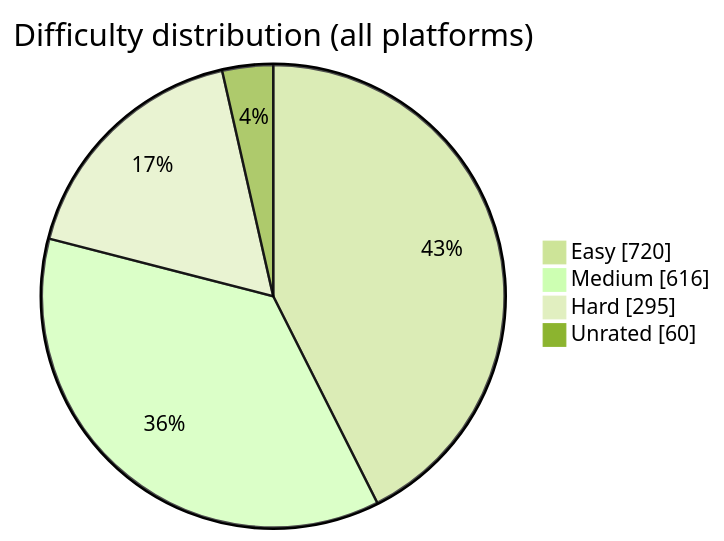
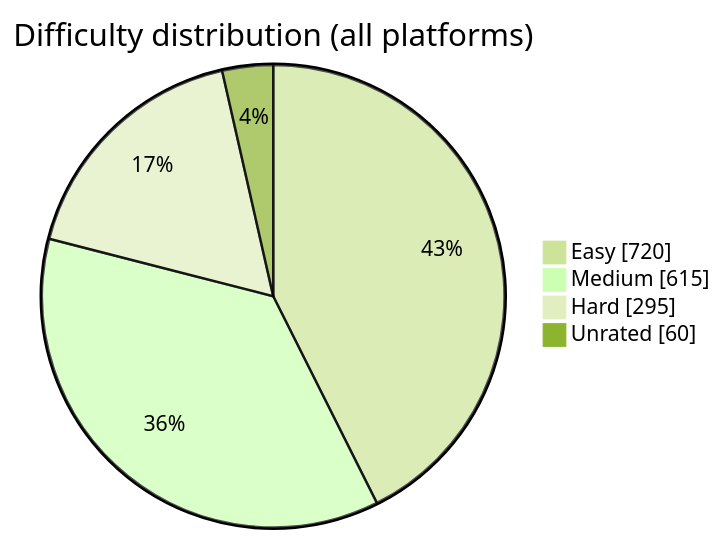
The diagram in README.md (BuildbyArindam/Daily-Coding-Log), drawn with Mermaid (forest theme) before and after one commit. The commit also changed other lines of this file, not shown here.

````diff
--- a/README.md
+++ b/README.md
@@ -93,7 +93,7 @@
 ```mermaid
 pie showData title Difficulty distribution (all platforms)
     "Easy" : 720
-    "Medium" : 616
+    "Medium" : 615
     "Hard" : 295
     "Unrated" : 60
 ```
````
